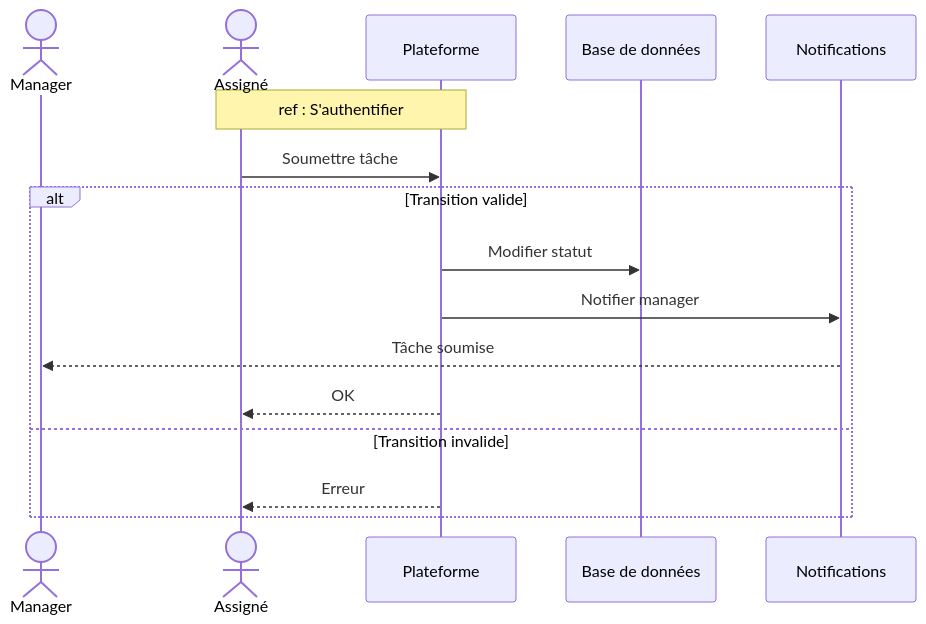
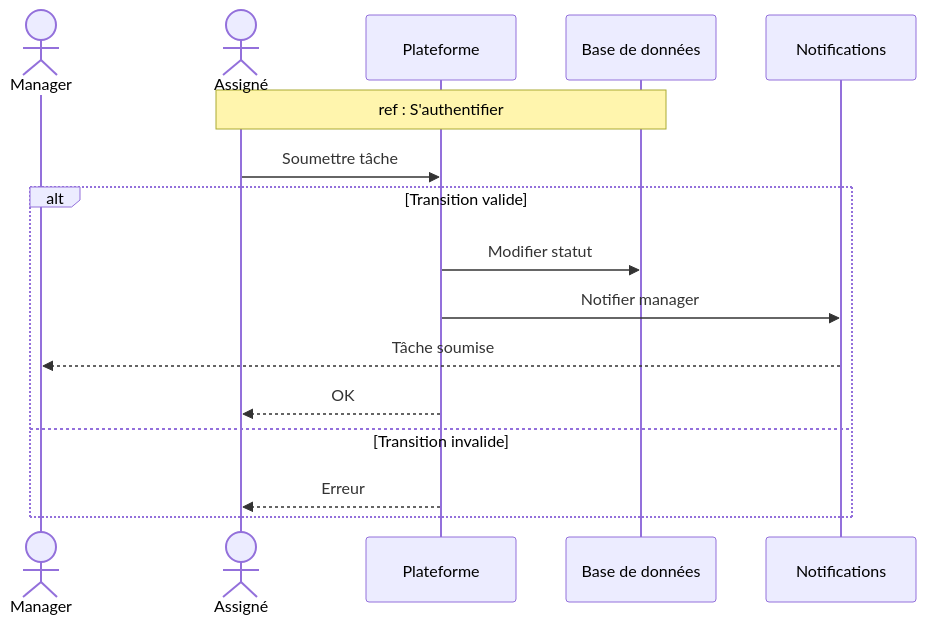
One commit to MohamedChebbi123/teamnest changed diagram 12 of 16 in docs/SEQUENCE_DIAGRAMS.md. Above: the diagram before and after it, drawn with Mermaid. The commit also changed other lines of this file, not shown here.

````diff
--- a/docs/SEQUENCE_DIAGRAMS.md
+++ b/docs/SEQUENCE_DIAGRAMS.md
@@ -364,20 +364,20 @@
 ```mermaid
 sequenceDiagram
     actor Manager
     actor Assignee as Assigné
     participant API as Plateforme
     participant DB as Base de données
     participant Notif as Notifications
 
-    Note over Assignee,API: ref : S'authentifier
+    Note over Assignee,DB: ref : S'authentifier
 
     Assignee->>API: Soumettre tâche
     alt Transition valide
         API->>DB: Modifier statut
         API->>Notif: Notifier manager
         Notif-->>Manager: Tâche soumise
         API-->>Assignee: OK
     else Transition invalide
         API-->>Assignee: Erreur
     end
 ```
````
